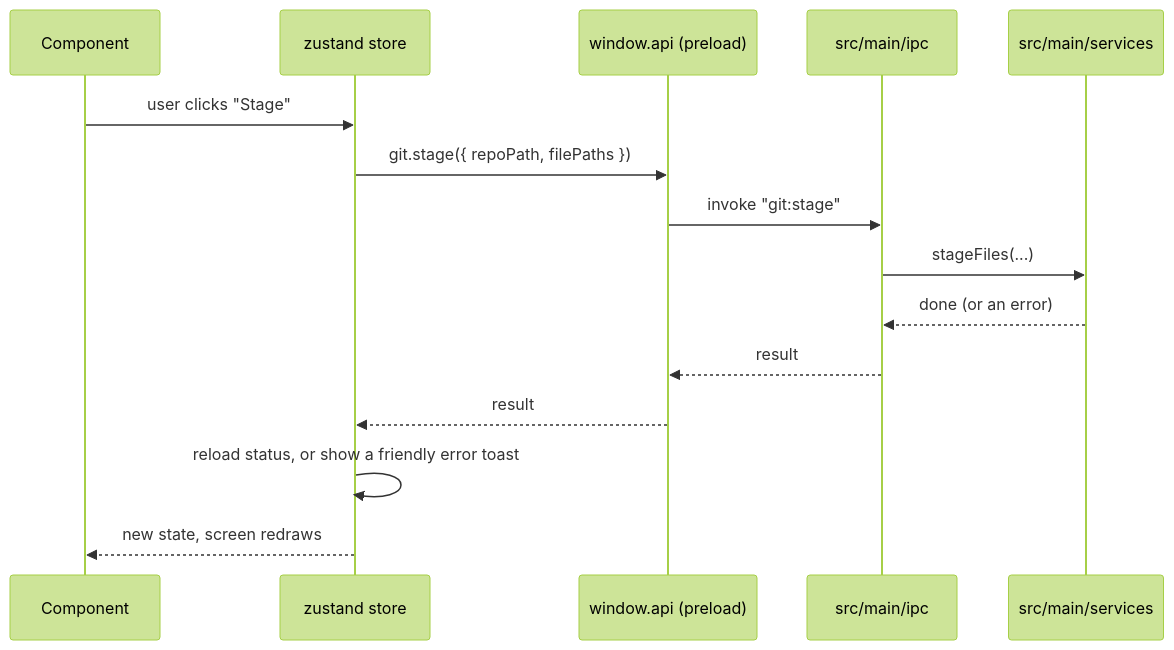
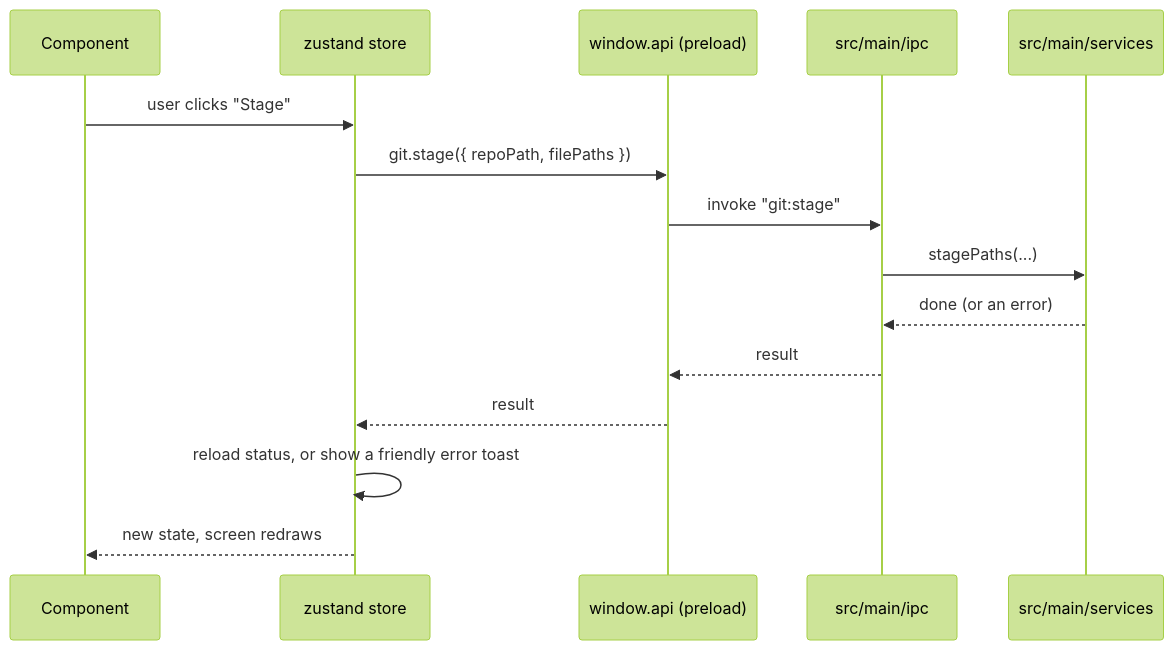
One commit to Lio3307/O-Bros changed the second of 9 diagrams in docs/ARCHITECTURE.md. Above: the diagram before and after it, drawn with Mermaid (forest theme). The commit also changed other lines of this file, not shown here.

First line of the commit message:
Explain the architecture with diagrams

````diff
--- a/docs/ARCHITECTURE.md
+++ b/docs/ARCHITECTURE.md
@@ -65,18 +77,18 @@
 ```mermaid
 sequenceDiagram
     participant UI as Component
     participant Store as zustand store
     participant API as window.api (preload)
     participant IPC as src/main/ipc
     participant Svc as src/main/services
 
     UI->>Store: user clicks "Stage"
     Store->>API: git.stage({ repoPath, filePaths })
     API->>IPC: invoke "git:stage"
-    IPC->>Svc: stageFiles(...)
+    IPC->>Svc: stagePaths(...)
     Svc-->>IPC: done (or an error)
     IPC-->>API: result
     API-->>Store: result
     Store->>Store: reload status, or show a friendly error toast
     Store-->>UI: new state, screen redraws
 ```
````
